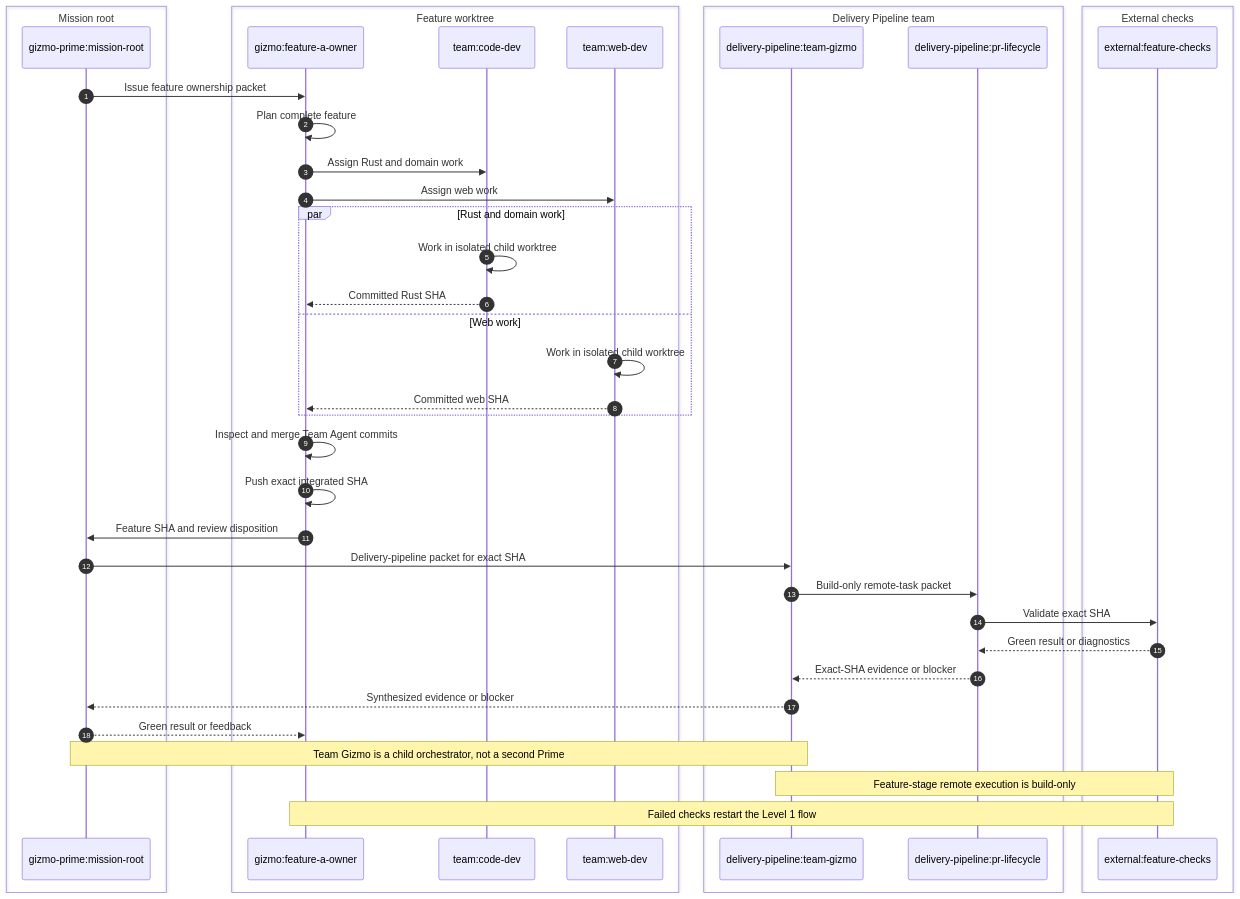
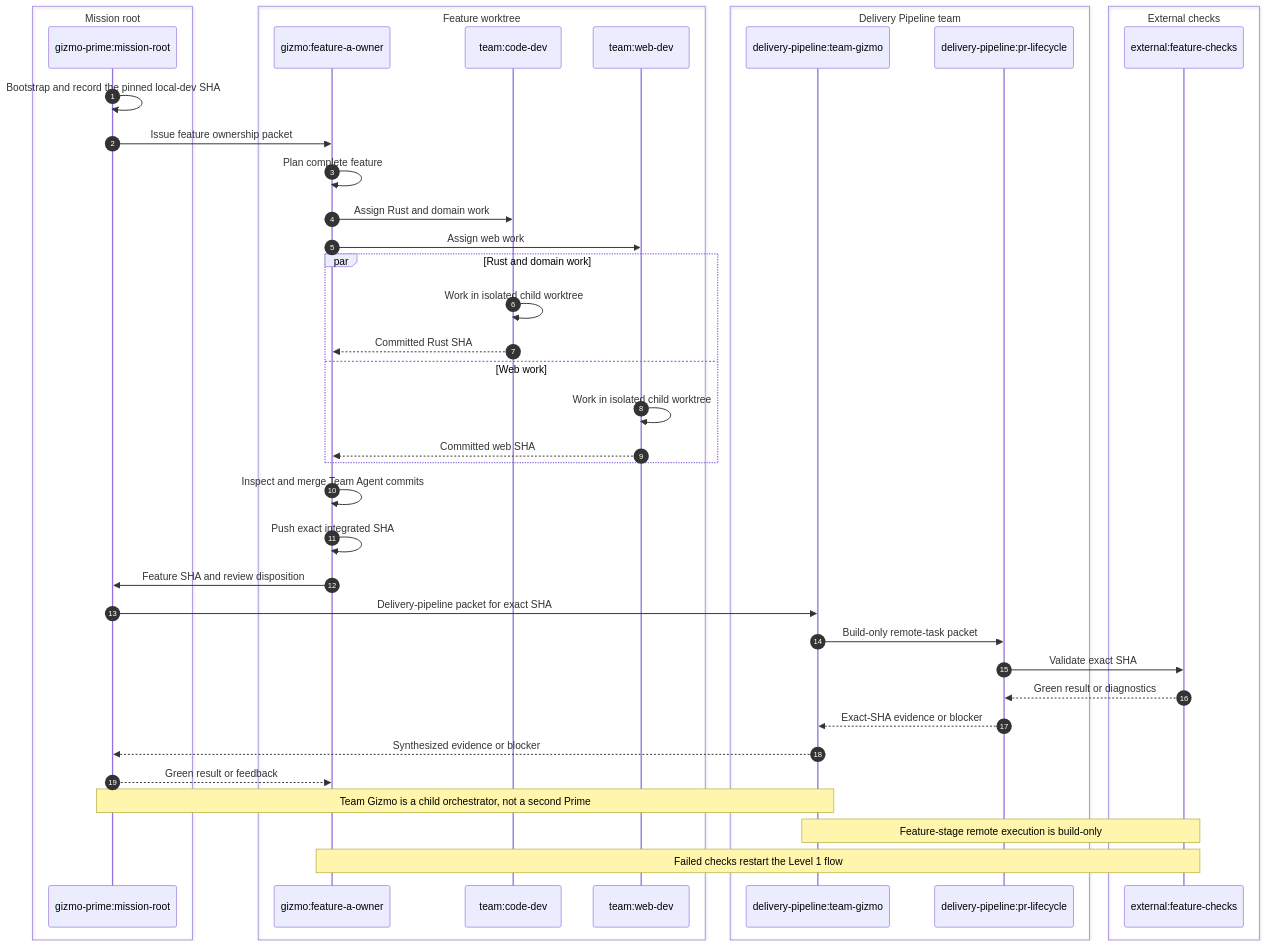
Before and after one commit to meta-secret/nook: the fifth of 13 diagrams in .cortex/gizmo-prime/architecture/multiagent-delivery-diagrams.md, drawn with Mermaid. The commit also changed other lines of this file and 19 other files, not shown here.

````diff
--- a/.cortex/gizmo-prime/architecture/multiagent-delivery-diagrams.md
+++ b/.cortex/gizmo-prime/architecture/multiagent-delivery-diagrams.md
@@ -170,51 +218,52 @@
 ```mermaid
 sequenceDiagram
     autonumber
 
     box Mission root
         participant Prime as gizmo-prime:mission-root
     end
 
     box Feature worktree
         participant Gizmo as gizmo:feature-a-owner
         participant Code as team:code-dev
         participant Web as team:web-dev
     end
 
     box Delivery Pipeline team
         participant Pipeline as delivery-pipeline:team-gizmo
         participant Steward as delivery-pipeline:pr-lifecycle
     end
 
     box External checks
         participant Checks as external:feature-checks
     end
 
+    Prime->>Prime: Bootstrap and record the pinned local-dev SHA
     Prime->>Gizmo: Issue feature ownership packet
     Gizmo->>Gizmo: Plan complete feature
     Gizmo->>Code: Assign Rust and domain work
     Gizmo->>Web: Assign web work
 
     par Rust and domain work
         Code->>Code: Work in isolated child worktree
         Code-->>Gizmo: Committed Rust SHA
     and Web work
         Web->>Web: Work in isolated child worktree
         Web-->>Gizmo: Committed web SHA
     end
 
     Gizmo->>Gizmo: Inspect and merge Team Agent commits
     Gizmo->>Gizmo: Push exact integrated SHA
     Gizmo->>Prime: Feature SHA and review disposition
     Prime->>Pipeline: Delivery-pipeline packet for exact SHA
     Pipeline->>Steward: Build-only remote-task packet
     Steward->>Checks: Validate exact SHA
     Checks-->>Steward: Green result or diagnostics
     Steward-->>Pipeline: Exact-SHA evidence or blocker
     Pipeline-->>Prime: Synthesized evidence or blocker
     Prime-->>Gizmo: Green result or feedback
 
     Note over Prime,Pipeline: Team Gizmo is a child orchestrator, not a second Prime
     Note over Pipeline,Checks: Feature-stage remote execution is build-only
     Note over Gizmo,Checks: Failed checks restart the Level 1 flow
 ```
````
